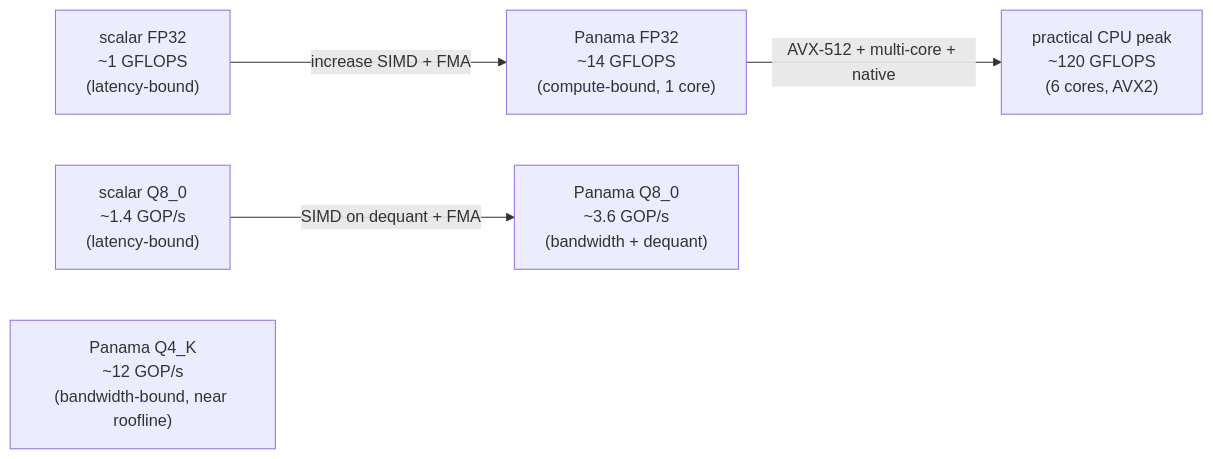
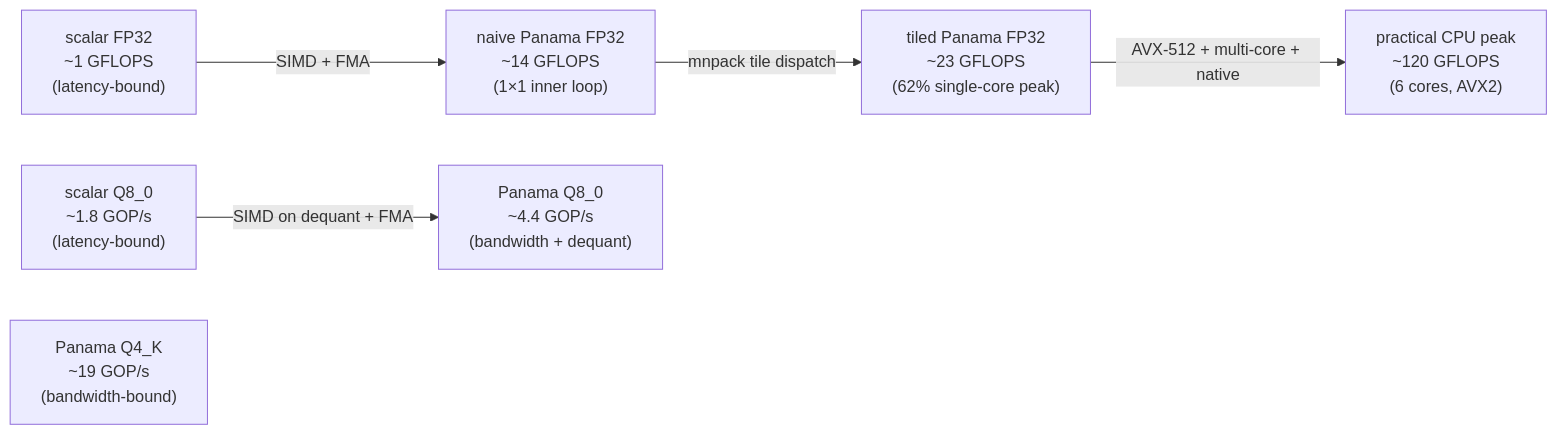
One commit to SKaiNET-developers/SKaiNET changed the eighth of 8 diagrams in docs/modules/ROOT/pages/contributing/matmul-kernels.adoc. Above: the diagram before and after it, drawn with Mermaid. The commit also changed other lines of this file, not shown here.

First line of the commit message:
Update matmul-kernels doc with post-mnpack numbers

```diff
--- a/docs/modules/ROOT/pages/contributing/matmul-kernels.adoc
+++ b/docs/modules/ROOT/pages/contributing/matmul-kernels.adoc
@@ -404,10 +452,11 @@
 [mermaid]
 ....
 flowchart LR
-    A["scalar FP32<br/>~1 GFLOPS<br/>(latency-bound)"] -- "increase SIMD + FMA" --> B
-    B["Panama FP32<br/>~14 GFLOPS<br/>(compute-bound, 1 core)"] -- "AVX-512 + multi-core + native" --> C
+    A["scalar FP32<br/>~1 GFLOPS<br/>(latency-bound)"] -- "SIMD + FMA" --> B
+    B["naive Panama FP32<br/>~14 GFLOPS<br/>(1×1 inner loop)"] -- "mnpack tile dispatch" --> B2
+    B2["tiled Panama FP32<br/>~23 GFLOPS<br/>(62% single-core peak)"] -- "AVX-512 + multi-core + native" --> C
     C["practical CPU peak<br/>~120 GFLOPS<br/>(6 cores, AVX2)"]
-    D["scalar Q8_0<br/>~1.4 GOP/s<br/>(latency-bound)"] -- "SIMD on dequant + FMA" --> E
-    E["Panama Q8_0<br/>~3.6 GOP/s<br/>(bandwidth + dequant)"]
-    F["Panama Q4_K<br/>~12 GOP/s<br/>(bandwidth-bound, near roofline)"]
+    D["scalar Q8_0<br/>~1.8 GOP/s<br/>(latency-bound)"] -- "SIMD on dequant + FMA" --> E
+    E["Panama Q8_0<br/>~4.4 GOP/s<br/>(bandwidth + dequant)"]
+    F["Panama Q4_K<br/>~19 GOP/s<br/>(bandwidth-bound)"]
 ....
```
